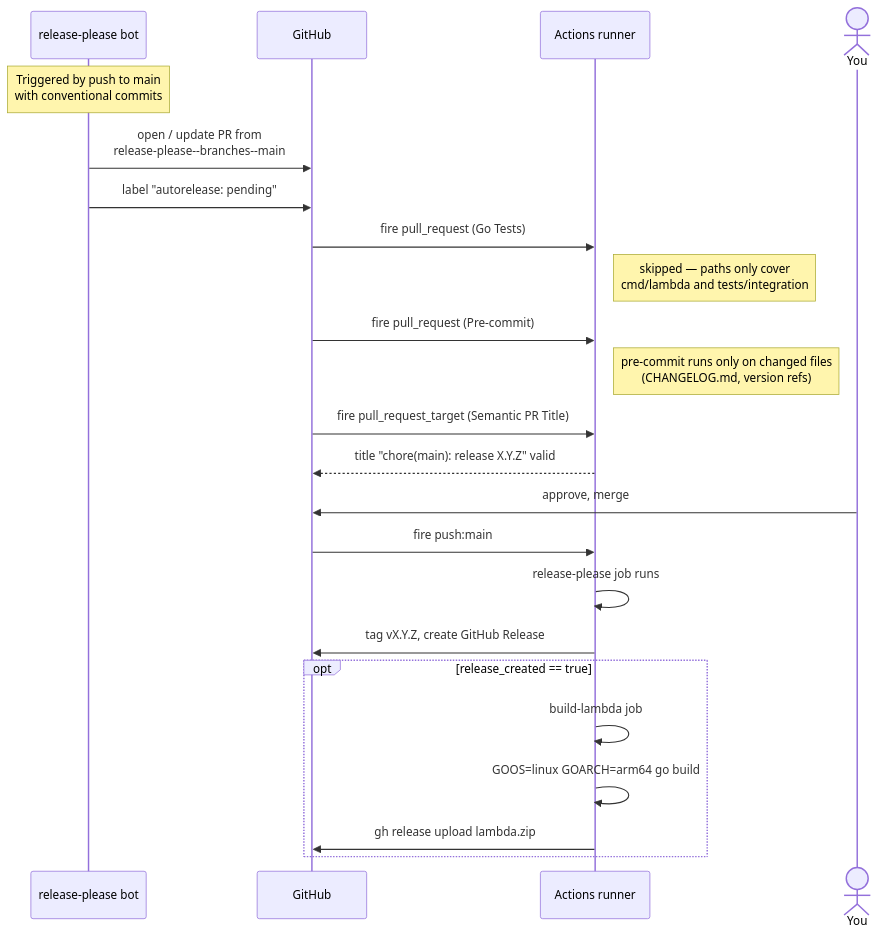
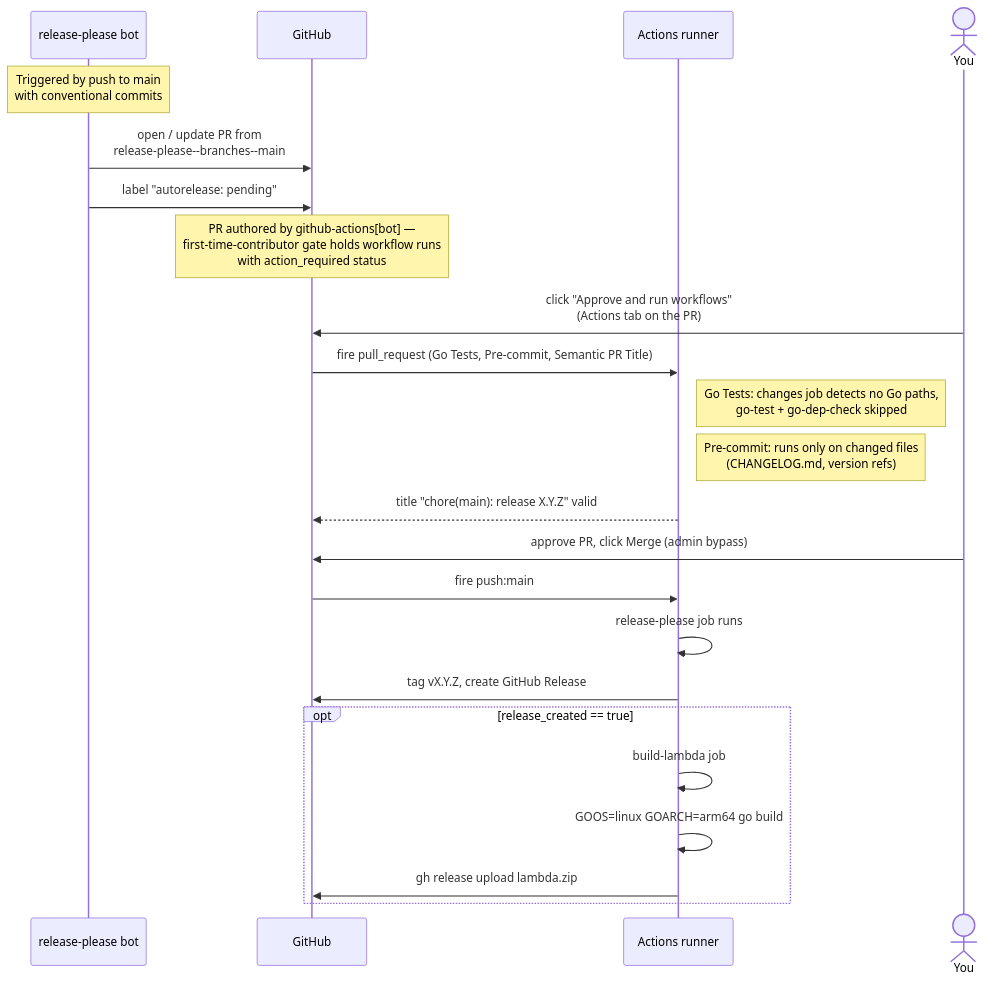
Before and after one commit to MachineDotDev/nat-zero: the fifth of 12 diagrams in docs/workflows.md, drawn with Mermaid. The commit also changed other lines of this file, not shown here.

Commit message:
docs: document bot-authored PR gates and semantic-pr-title trigger (#37)

````diff
--- a/docs/workflows.md
+++ b/docs/workflows.md
@@ -160,26 +159,26 @@
 ```mermaid
 sequenceDiagram
     participant RP as release-please bot
     participant GH as GitHub
     participant Actions as Actions runner
     actor You
 
     Note over RP: Triggered by push to main<br/>with conventional commits
     RP->>GH: open / update PR from<br/>release-please--branches--main
     RP->>GH: label "autorelease: pending"
-    GH->>Actions: fire pull_request (Go Tests)
-    Note right of Actions: skipped — paths only cover<br/>cmd/lambda and tests/integration
-    GH->>Actions: fire pull_request (Pre-commit)
-    Note right of Actions: pre-commit runs only on changed files<br/>(CHANGELOG.md, version refs)
-    GH->>Actions: fire pull_request_target (Semantic PR Title)
+    Note over GH: PR authored by github-actions[bot] —<br/>first-time-contributor gate holds workflow runs<br/>with action_required status
+    You->>GH: click "Approve and run workflows"<br/>(Actions tab on the PR)
+    GH->>Actions: fire pull_request (Go Tests, Pre-commit, Semantic PR Title)
+    Note right of Actions: Go Tests: changes job detects no Go paths,<br/>go-test + go-dep-check skipped
+    Note right of Actions: Pre-commit: runs only on changed files<br/>(CHANGELOG.md, version refs)
     Actions-->>GH: title "chore(main): release X.Y.Z" valid
-    You->>GH: approve, merge
+    You->>GH: approve PR, click Merge (admin bypass)
     GH->>Actions: fire push:main
     Actions->>Actions: release-please job runs
     Actions->>GH: tag vX.Y.Z, create GitHub Release
     opt release_created == true
         Actions->>Actions: build-lambda job
         Actions->>Actions: GOOS=linux GOARCH=arm64 go build
         Actions->>GH: gh release upload lambda.zip
     end
 ```
````
